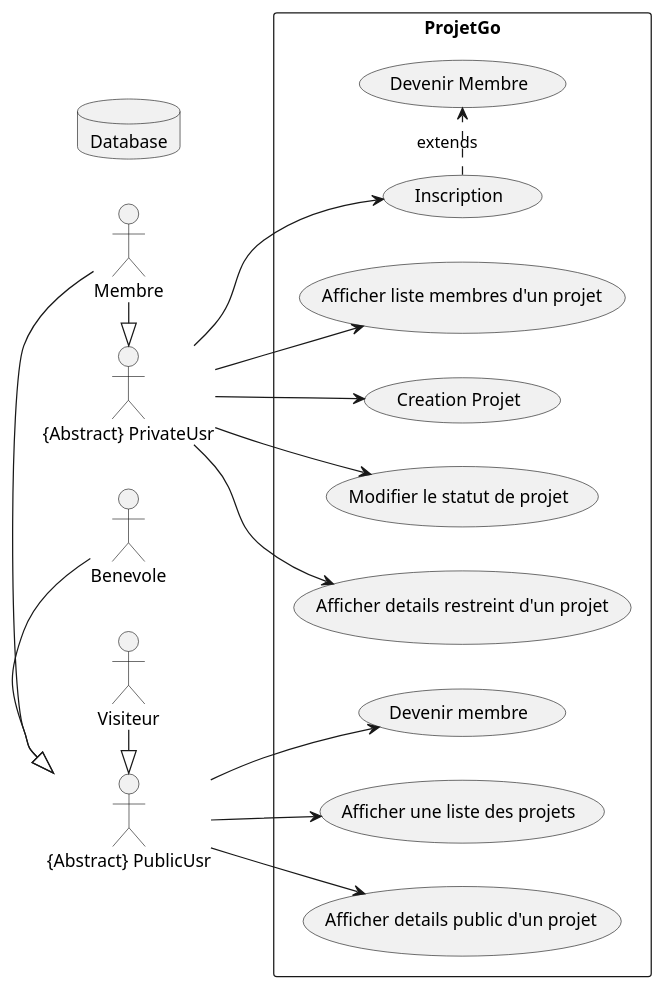
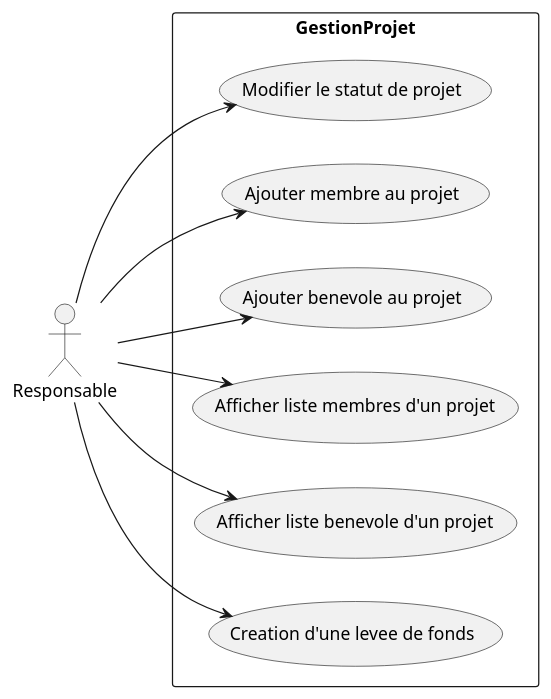
One commit to feanPelix/projetgo changed the second of 2 diagrams in usecase-diagram.wsd. Above: the diagram before and after it, drawn with PlantUML. The commit also changed other lines of this file, not shown here.

Commit message:
Use JF diagram and adds missing cases

```diff
--- a/usecase-diagram.wsd
+++ b/usecase-diagram.wsd
@@ -42,27 +49,24 @@
-@startuml jf
+@startuml GestionProjet
 left to right direction
-:Membre:
-:Benevole:
-:Visiteur:
-:{Abstract} PrivateUsr: as private
-:{Abstract} PublicUsr: as public
-Membre -|> private
-Membre -|> public
-Benevole -|> public
-Visiteur -|> public
-database "Database" as Db
-rectangle ProjetGo {
-  private --> (Inscription)
-  public --> (Devenir membre)
-  Inscription .> (Devenir Membre) : extends
-  private --> (Creation Projet)
-  private --> (Modifier le statut de projet)
-  (Afficher une liste des projets) as ListeProjet
-  public --> ListeProjet
-  (Afficher details public d'un projet) as AccesPublic
-  public --> AccesPublic
-  (Afficher details restreint d'un projet) as AccesRestreint
-  private --> AccesRestreint
-  private -> (Afficher liste membres d'un projet)
+
+:Responsable:
+
+rectangle GestionProjet {
+  Responsable --> (Modifier le statut de projet)
+  
+  (Ajouter membre au projet) as AddMember
+  Responsable --> AddMember
+
+  (Ajouter benevole au projet) as AddBenevole
+  Responsable --> AddBenevole
+
+  (Afficher liste membres d'un projet) as ListeMembre
+  Responsable --> ListeMembre
+
+  (Afficher liste benevole d'un projet) as ListBenevole
+  Responsable --> ListBenevole
+
+  (Creation d'une levee de fonds) as LeveeFonds
+  Responsable --> LeveeFonds
 }
 @enduml
```
